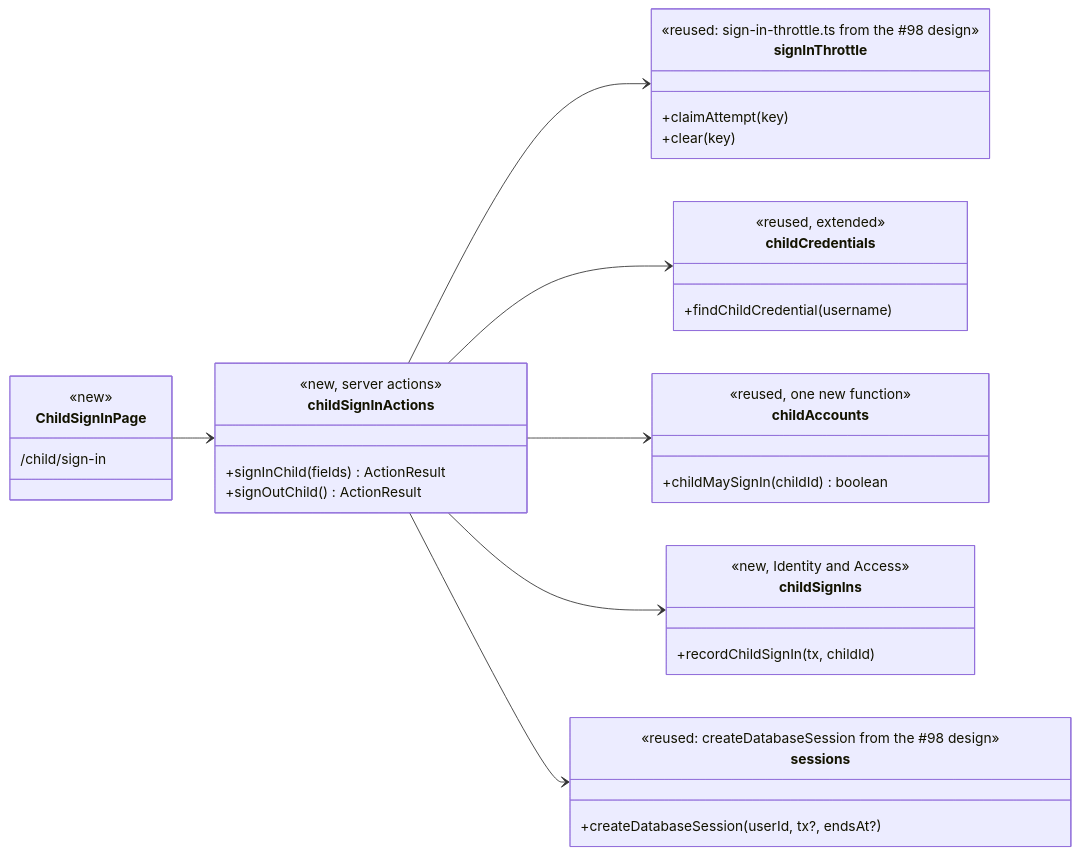
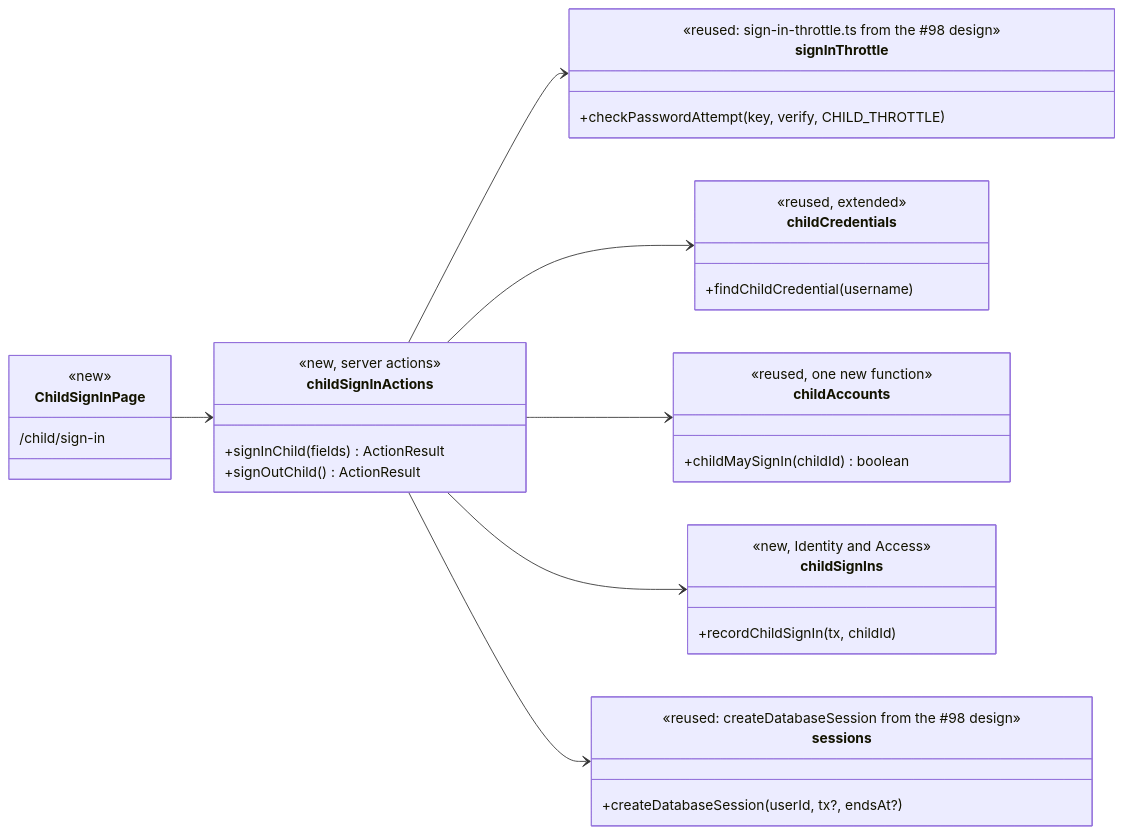
The third of 10 diagrams in design/shlf.md (videogames21/book_buddies), drawn with Mermaid before and after one commit. The commit also changed other lines of this file and 2 other files, not shown here.

First line of the commit message:
Describe the child sign-in build

````diff
--- a/design/shlf.md
+++ b/design/shlf.md
@@ -229,40 +229,39 @@
 ```mermaid
 classDiagram
     direction LR
     class ChildSignInPage {
         <<new>>
         /child/sign-in
     }
     class childSignInActions {
         <<new, server actions>>
         +signInChild(fields) ActionResult
         +signOutChild() ActionResult
     }
     class signInThrottle {
         <<reused: sign-in-throttle.ts from the #98 design>>
-        +claimAttempt(key)
-        +clear(key)
+        +checkPasswordAttempt(key, verify, CHILD_THROTTLE)
     }
     class childSignIns {
         <<new, Identity and Access>>
         +recordChildSignIn(tx, childId)
     }
     class childCredentials {
         <<reused, extended>>
         +findChildCredential(username)
     }
     class childAccounts {
         <<reused, one new function>>
         +childMaySignIn(childId) boolean
     }
     class sessions {
         <<reused: createDatabaseSession from the #98 design>>
         +createDatabaseSession(userId, tx?, endsAt?)
     }
     ChildSignInPage --> childSignInActions
     childSignInActions --> signInThrottle
     childSignInActions --> childCredentials
     childSignInActions --> childAccounts
     childSignInActions --> childSignIns
     childSignInActions --> sessions
 ```
````
